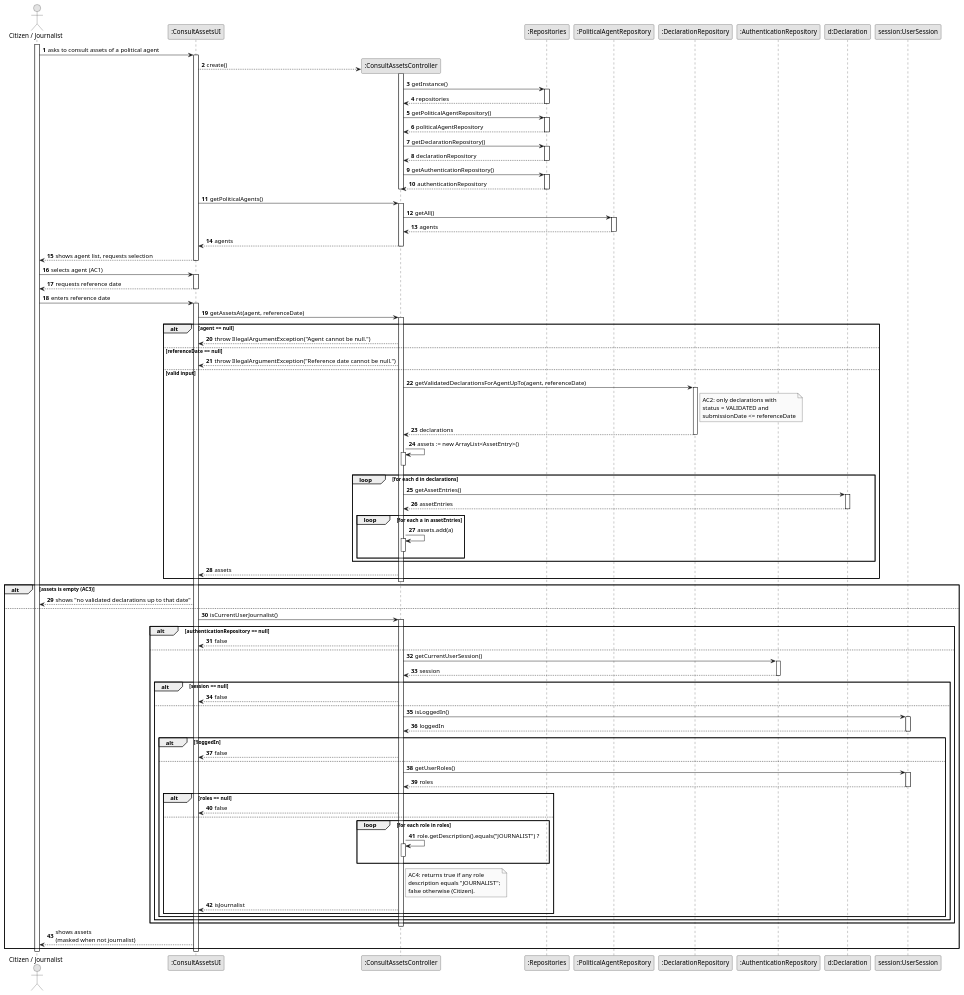
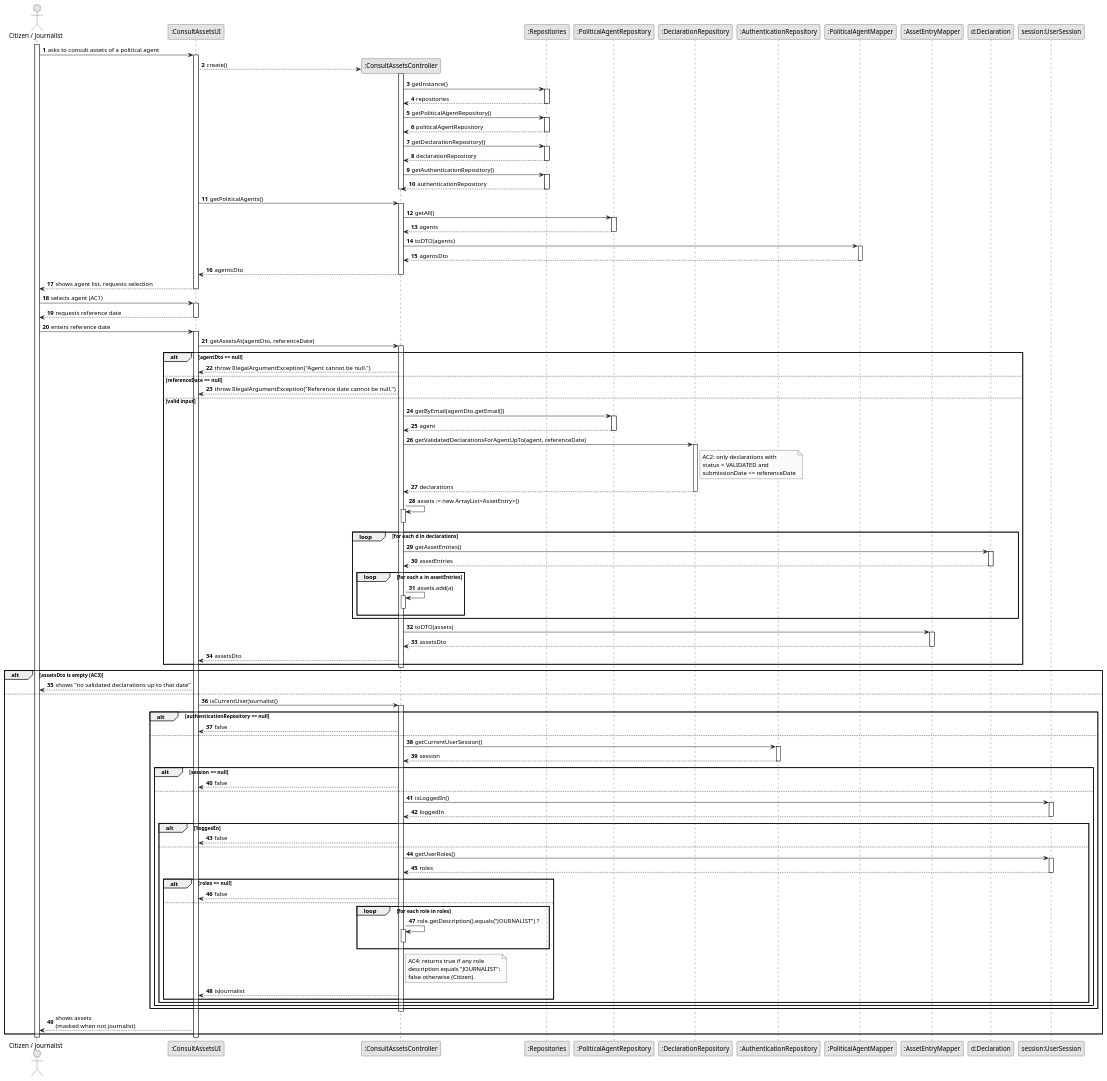
One commit to brunodspinto/crystal-clear-platform changed the diagram in docs/system-documentation/US11/03.design/puml/US11-SD-full.puml. Above: the diagram before and after it, drawn with PlantUML. The commit also changed 42 other files, not shown here.

```diff
--- a/docs/system-documentation/US11/03.design/puml/US11-SD-full.puml
+++ b/docs/system-documentation/US11/03.design/puml/US11-SD-full.puml
@@ -1,169 +1,186 @@
 @startuml US11-SD-full
 skinparam monochrome true
 skinparam packageStyle rectangle
 skinparam shadowing false
 
 autonumber
 
 actor "Citizen / Journalist" as Actor
 participant ":ConsultAssetsUI" as UI
 participant ":ConsultAssetsController" as CTRL
 participant ":Repositories" as REPOS
 participant ":PoliticalAgentRepository" as PAR
 participant ":DeclarationRepository" as DR
 participant ":AuthenticationRepository" as AUTH
+participant ":PoliticalAgentMapper" as PAM
+participant ":AssetEntryMapper" as AEM
 participant "d:Declaration" as DEC
 participant "session:UserSession" as SESS
 
 activate Actor
 
     Actor -> UI : asks to consult assets of a political agent
     activate UI
 
         UI --> CTRL** : create()
         activate CTRL
             CTRL -> REPOS : getInstance()
             activate REPOS
                 REPOS --> CTRL : repositories
             deactivate REPOS
 
             CTRL -> REPOS : getPoliticalAgentRepository()
             activate REPOS
                 REPOS --> CTRL : politicalAgentRepository
             deactivate REPOS
 
             CTRL -> REPOS : getDeclarationRepository()
             activate REPOS
                 REPOS --> CTRL : declarationRepository
             deactivate REPOS
 
             CTRL -> REPOS : getAuthenticationRepository()
             activate REPOS
                 REPOS --> CTRL : authenticationRepository
             deactivate REPOS
         deactivate CTRL
 
         UI -> CTRL : getPoliticalAgents()
         activate CTRL
 
             CTRL -> PAR : getAll()
             activate PAR
                 PAR --> CTRL : agents
             deactivate PAR
 
-            CTRL --> UI : agents
+            CTRL -> PAM : toDTO(agents)
+            activate PAM
+                PAM --> CTRL : agentsDto
+            deactivate PAM
+
+            CTRL --> UI : agentsDto
         deactivate CTRL
 
         UI --> Actor : shows agent list, requests selection
     deactivate UI
 
     Actor -> UI : selects agent (AC1)
     activate UI
 
         UI --> Actor : requests reference date
     deactivate UI
 
     Actor -> UI : enters reference date
     activate UI
 
-        UI -> CTRL : getAssetsAt(agent, referenceDate)
+        UI -> CTRL : getAssetsAt(agentDto, referenceDate)
         activate CTRL
 
-            alt agent == null
+            alt agentDto == null
                 CTRL --> UI : throw IllegalArgumentException("Agent cannot be null.")
             else referenceDate == null
                 CTRL --> UI : throw IllegalArgumentException("Reference date cannot be null.")
             else valid input
+                CTRL -> PAR : getByEmail(agentDto.getEmail())
+                activate PAR
+                    PAR --> CTRL : agent
+                deactivate PAR
+
                 CTRL -> DR : getValidatedDeclarationsForAgentUpTo(agent, referenceDate)
                 activate DR
 
                     note right of DR
                         AC2: only declarations with
                         status = VALIDATED and
                         submissionDate <= referenceDate
                     end note
 
                     DR --> CTRL : declarations
                 deactivate DR
 
                 CTRL -> CTRL : assets := new ArrayList<AssetEntry>()
                 activate CTRL
                 deactivate CTRL
 
                 loop for each d in declarations
                     CTRL -> DEC : getAssetEntries()
                     activate DEC
                         DEC --> CTRL : assetEntries
                     deactivate DEC
 
                     loop for each a in assetEntries
                         CTRL -> CTRL : assets.add(a)
                         activate CTRL
                         deactivate CTRL
                     end
                 end
 
-                CTRL --> UI : assets
+                CTRL -> AEM : toDTO(assets)
+                activate AEM
+                    AEM --> CTRL : assetsDto
+                deactivate AEM
+
+                CTRL --> UI : assetsDto
             end
         deactivate CTRL
 
-        alt assets is empty (AC3)
+        alt assetsDto is empty (AC3)
             UI --> Actor : shows "no validated declarations up to that date"
         else
             UI -> CTRL : isCurrentUserJournalist()
             activate CTRL
 
                 alt authenticationRepository == null
                     CTRL --> UI : false
                 else
                     CTRL -> AUTH : getCurrentUserSession()
                     activate AUTH
                         AUTH --> CTRL : session
                     deactivate AUTH
 
                     alt session == null
                         CTRL --> UI : false
                     else
                         CTRL -> SESS : isLoggedIn()
                         activate SESS
                             SESS --> CTRL : loggedIn
                         deactivate SESS
 
                         alt !loggedIn
                             CTRL --> UI : false
                         else
                             CTRL -> SESS : getUserRoles()
                             activate SESS
                                 SESS --> CTRL : roles
                             deactivate SESS
 
                             alt roles == null
                                 CTRL --> UI : false
                             else
                                 loop for each role in roles
                                     CTRL -> CTRL : role.getDescription().equals("JOURNALIST") ?
                                     activate CTRL
                                     deactivate CTRL
                                 end
 
                                 note right of CTRL
                                     AC4: returns true if any role
                                     description equals "JOURNALIST";
                                     false otherwise (Citizen).
                                 end note
 
                                 CTRL --> UI : isJournalist
                             end
                         end
                     end
                 end
             deactivate CTRL
 
             UI --> Actor : shows assets\n(masked when not journalist)
         end
 
     deactivate UI
 
 deactivate Actor
 
 @enduml
```
